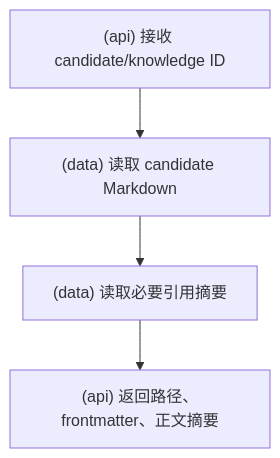
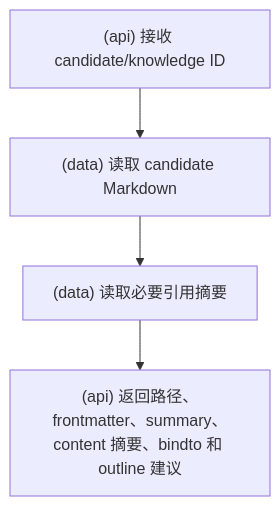
The fifth of 19 diagrams in docs/流程图.md (srangerme/KBManager), drawn with Mermaid before and after one commit. The commit also changed other lines of this file and 27 other files, not shown here.

````diff
--- a/docs/流程图.md
+++ b/docs/流程图.md
@@ -67,6 +93,6 @@
 ```mermaid
 flowchart TD
   A["(api) 接收 candidate/knowledge ID"] --> B["(data) 读取 candidate Markdown"]
   B --> C["(data) 读取必要引用摘要"]
-  C --> D["(api) 返回路径、frontmatter、正文摘要"]
+  C --> D["(api) 返回路径、frontmatter、summary、content 摘要、bindto 和 outline 建议"]
 ```
````
